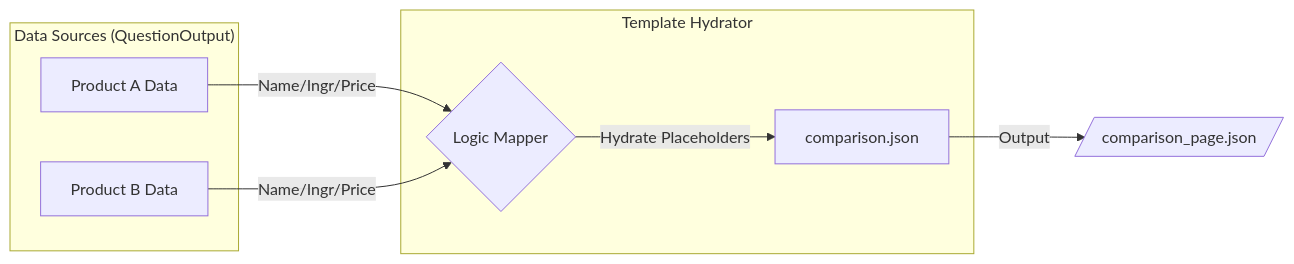
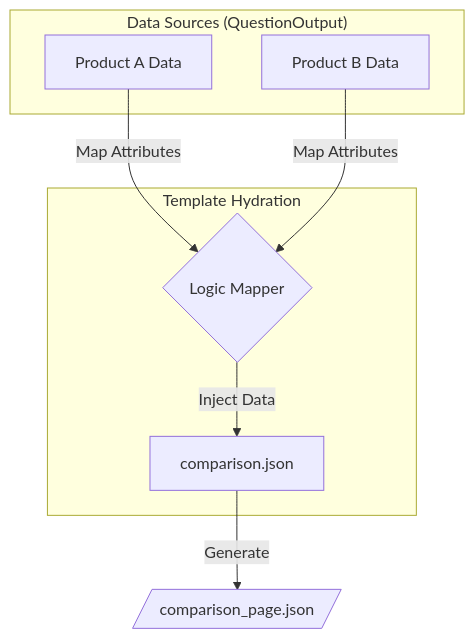
One commit to AMOGH1308/kasparro-ai-agentic-content-generation-system-Amogh-Guruprakash changed the fourth of 4 diagrams in docs/projectdocumentation.md. Above: the diagram before and after it, drawn with Mermaid.

Commit message:
added git cloning instruction

````diff
--- a/docs/projectdocumentation.md
+++ b/docs/projectdocumentation.md
@@ -145,17 +145,17 @@
 ```mermaid
-graph LR
+graph TD
     subgraph "Data Sources (QuestionOutput)"
         A[Product A Data]
         B[Product B Data]
     end
 
-    subgraph "Template Hydrator"
+    subgraph "Template Hydration"
         Map{Logic Mapper}
         Tpl[comparison.json]
     end
 
-    A -- "Name/Ingr/Price" --> Map
-    B -- "Name/Ingr/Price" --> Map
-    Map -- "Hydrate Placeholders" --> Tpl
-    Tpl -- "Output" --> Final[/comparison_page.json/]
+    A -->|Map Attributes| Map
+    B -->|Map Attributes| Map
+    Map -->|Inject Data| Tpl
+    Tpl -->|Generate| Final[/comparison_page.json/]
 ```
````
